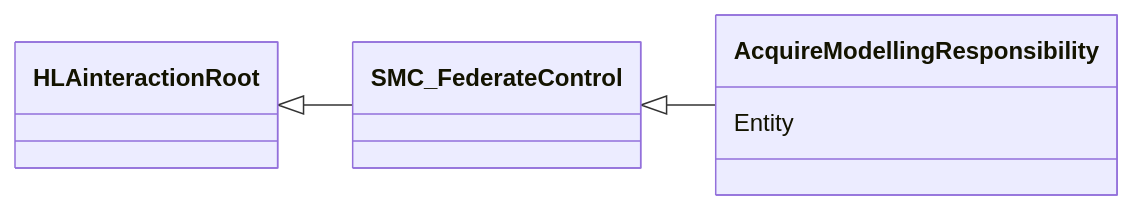
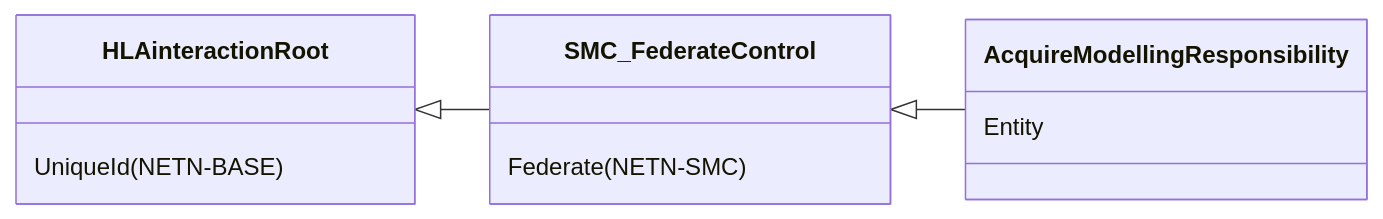
One commit to AMSP-04/NETN-TMR changed the seventh of 7 diagrams in NETN-TMR.md. Above: the diagram before and after it, drawn with Mermaid. The commit also changed other lines of this file and 3 other files, not shown here.

````diff
--- a/NETN-TMR.md
+++ b/NETN-TMR.md
@@ -143,7 +166,9 @@
 ```mermaid
 classDiagram 
 direction LR
 HLAinteractionRoot <|-- SMC_FederateControl
+HLAinteractionRoot : UniqueId(NETN-BASE)
 SMC_FederateControl <|-- AcquireModellingResponsibility
+SMC_FederateControl : Federate(NETN-SMC)
 AcquireModellingResponsibility : Entity
 ```
````
